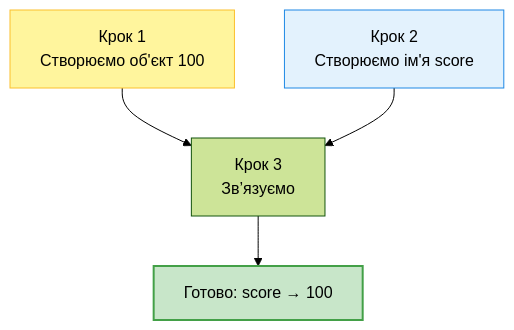
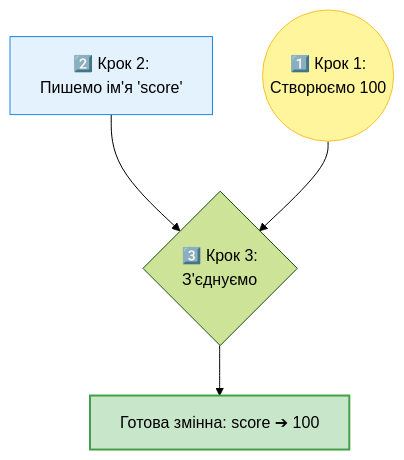
The second of 4 diagrams in content/Курс python/lesson1.md (dmytroway/python3-code-inf), drawn with Mermaid (forest theme) before and after one commit. The commit also changed other lines of this file, not shown here.

````diff
--- a/content/Курс python/lesson1.md
+++ b/content/Курс python/lesson1.md
@@ -86,16 +86,21 @@
 ```mermaid
-flowchart TD
-    Step1["Крок 1<br/>Створюємо об'єкт 100"]
-    Step2["Крок 2<br/>Створюємо ім'я score"]
-    Action["Крок 3<br/>Зв’язуємо"]
-    Result["Готово: score → 100"]
+graph TD
+    %% Крок 1
+    Step1(("1️⃣ Крок 1:<br/>Створюємо 100"))
 
+    %% Крок 2
+    Step2["2️⃣ Крок 2:<br/>Пишемо ім'я 'score'"]
+
+    %% Крок 3 (Дія) - ТУТ БУЛА ПОМИЛКА (додано лапки "")
+    Action{"3️⃣ Крок 3:<br/>З'єднуємо"}
+
+    %% Зв'язки
+    Step2 --> Action
     Step1 --> Action
-    Step2 --> Action
-    Action --> Result
+    Action --> Result["Готова змінна: score ➔ 100"]
 
+    %% Стилі
     style Step1 fill:#FFF59D,stroke:#FBC02D
     style Step2 fill:#E3F2FD,stroke:#1E88E5
     style Result fill:#C8E6C9,stroke:#43A047,stroke-width:2px
-
 ```
````
